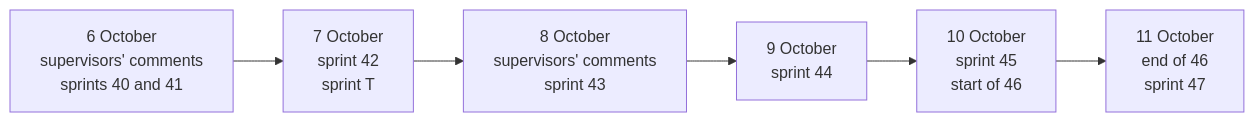
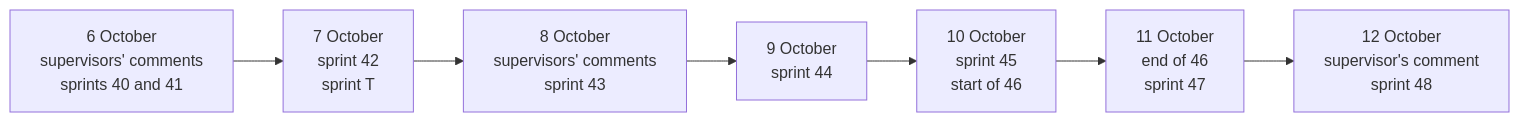
One commit to AlexTesta00/orchestwin-studio changed the diagram in docs/journey/last-sprints.md. Above: the diagram before and after it, drawn with Mermaid. The commit also changed other lines of this file and 19 other files, not shown here.

````diff
--- a/docs/journey/last-sprints.md
+++ b/docs/journey/last-sprints.md
@@ -9,8 +9,9 @@
 ```mermaid
 flowchart LR
     A["6 October<br>supervisors' comments<br>sprints 40 and 41"] --> B["7 October<br>sprint 42<br>sprint T"]
     B --> C["8 October<br>supervisors' comments<br>sprint 43"]
     C --> D["9 October<br>sprint 44"]
     D --> E["10 October<br>sprint 45<br>start of 46"]
     E --> F["11 October<br>end of 46<br>sprint 47"]
+    F --> G["12 October<br>supervisor's comment<br>sprint 48"]
 ```
````
